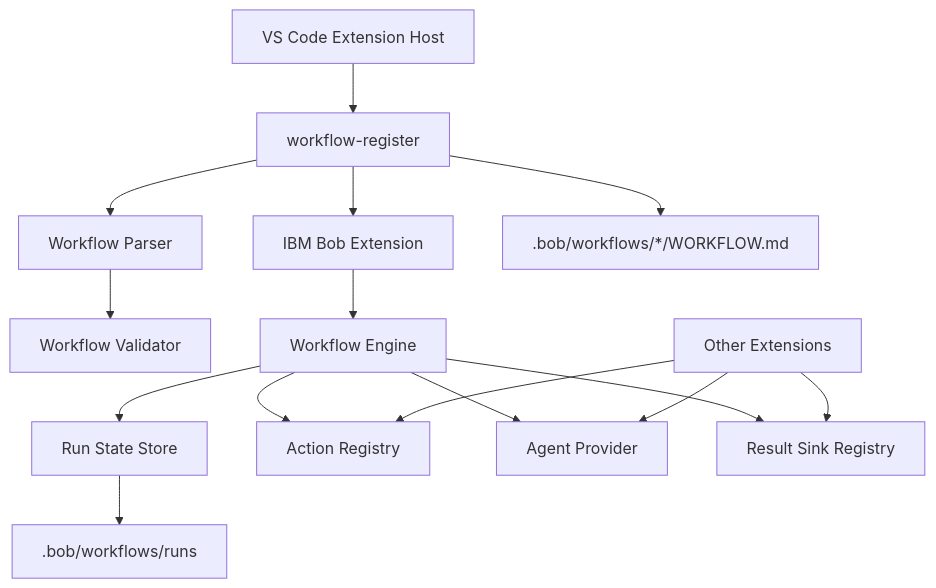
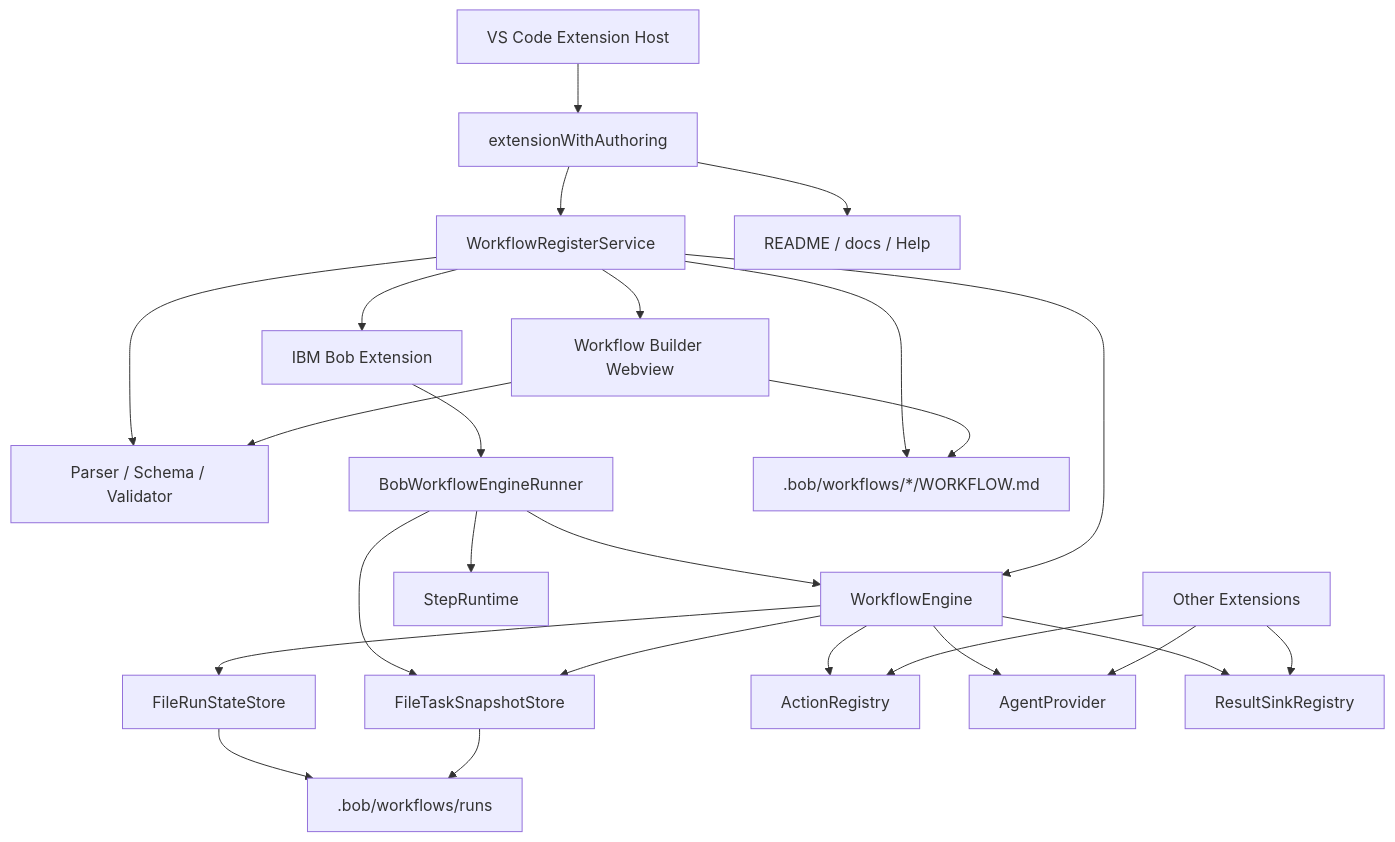
The diagram in v2/extensions/workflow-register/docs/basic-design-ja.md (katamor1/CUSTUM_MODE), drawn with Mermaid before and after one commit. The commit also changed other lines of this file and 59 other files, not shown here.

````diff
--- a/v2/extensions/workflow-register/docs/basic-design-ja.md
+++ b/v2/extensions/workflow-register/docs/basic-design-ja.md
@@ -58,31 +67,46 @@
 ```mermaid
 flowchart TD
   VSCode[VS Code Extension Host]
   Bob[IBM Bob Extension]
-  Register[workflow-register]
-  Parser[Workflow Parser]
-  Validator[Workflow Validator]
-  Engine[Workflow Engine]
-  State[Run State Store]
-  Action[Action Registry]
-  Agent[Agent Provider]
-  Sink[Result Sink Registry]
-  Other[Other Extensions]
+  Register[WorkflowRegisterService]
+  Authoring[extensionWithAuthoring]
+  Parser[Parser / Schema / Validator]
+  BobAdapter[BobWorkflowEngineRunner]
+  Engine[WorkflowEngine]
+  RunStore[FileRunStateStore]
+  Snapshot[FileTaskSnapshotStore]
+  Action[ActionRegistry]
+  Agent[AgentProvider]
+  Sink[ResultSinkRegistry]
+  StepRuntime[StepRuntime]
+  Builder[Workflow Builder Webview]
+  Help[README / docs / Help]
   Files[.bob/workflows/*/WORKFLOW.md]
   Runs[.bob/workflows/runs]
+  Other[Other Extensions]
 
-  VSCode --> Register
+  VSCode --> Authoring
+  Authoring --> Register
   Register --> Files
   Register --> Parser
-  Parser --> Validator
   Register --> Bob
-  Bob --> Engine
+  Bob --> BobAdapter
+  BobAdapter --> Engine
+  BobAdapter --> StepRuntime
+  BobAdapter --> Snapshot
+  Register --> Engine
+  Engine --> RunStore
   Engine --> Action
   Engine --> Agent
   Engine --> Sink
-  Engine --> State
-  State --> Runs
+  Engine --> Snapshot
+  RunStore --> Runs
+  Snapshot --> Runs
+  Register --> Builder
+  Builder --> Parser
+  Builder --> Files
+  Authoring --> Help
   Other --> Action
   Other --> Agent
   Other --> Sink
 ```
````
